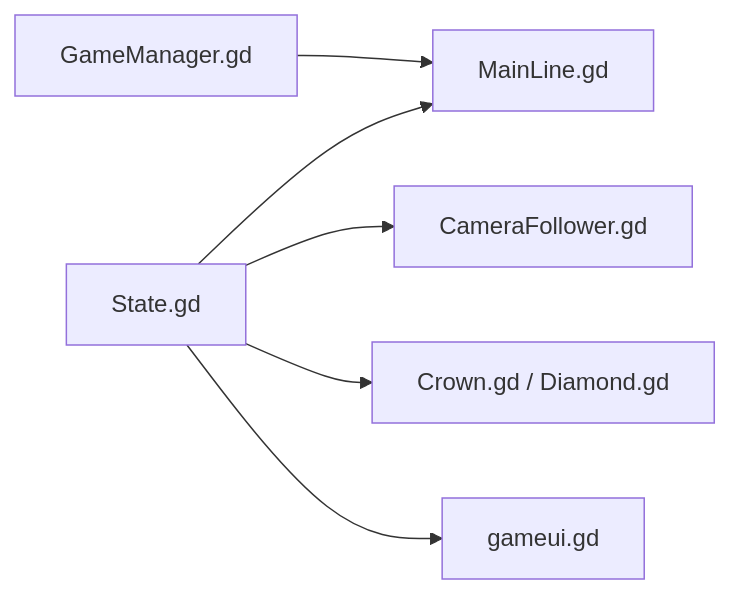
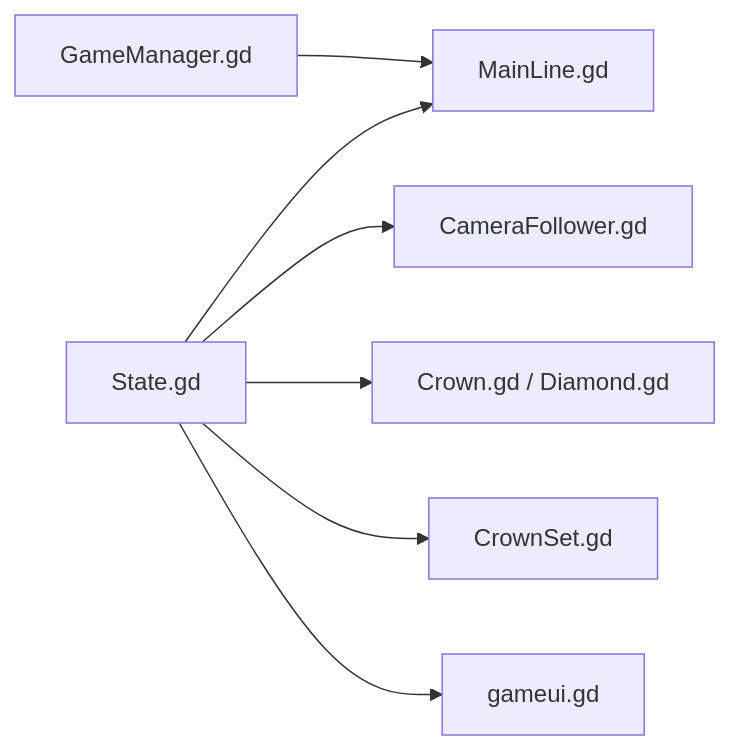
The tenth of 10 diagrams in .qoder/repowiki/zh/content/核心架构设计/设计模式应用/状态管理模式.md (godotline/godot-line), drawn with Mermaid before and after one commit. The commit also changed other lines of this file and 18 other files, not shown here.

````diff
--- a/.qoder/repowiki/zh/content/核心架构设计/设计模式应用/状态管理模式.md
+++ b/.qoder/repowiki/zh/content/核心架构设计/设计模式应用/状态管理模式.md
@@ -260,8 +329,9 @@
 ```mermaid
 graph LR
 State["State.gd"] --> MainLine["MainLine.gd"]
 State --> CameraFollower["CameraFollower.gd"]
 State --> Trigger["Crown.gd / Diamond.gd"]
+State --> CrownSet["CrownSet.gd"]
 State --> UI["gameui.gd"]
 GameManager["GameManager.gd"] --> MainLine
 ```
````
